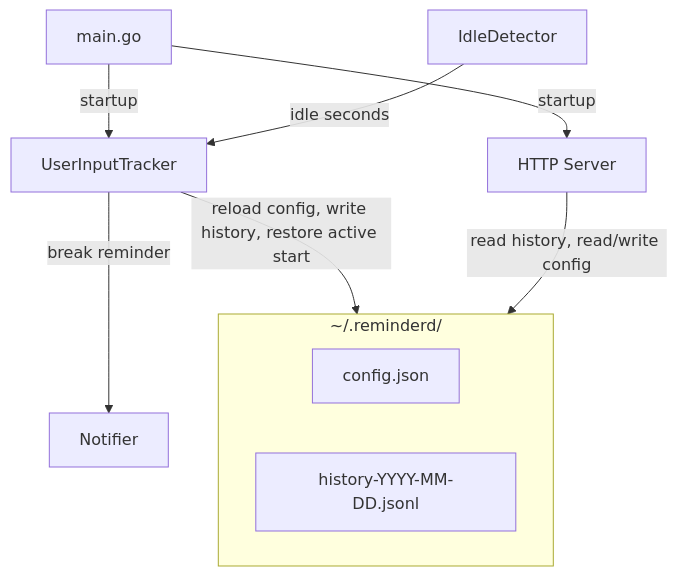
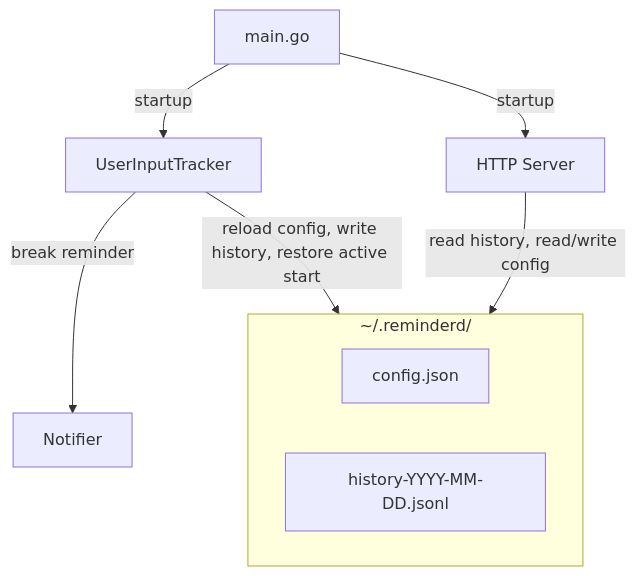
The diagram in README.md (daominah/reminderd), drawn with Mermaid before and after one commit.

Commit message:
remove IdleDetector from design diagram

````diff
--- a/README.md
+++ b/README.md
@@ -73,16 +73,15 @@
 ```mermaid
 graph TD
     K["main.go"] -->|startup| A
     K -->|startup| F
 
-    I[IdleDetector] -->|idle seconds| A
     A[UserInputTracker] -->|reload config, write history, restore active start| S
     A -->|break reminder| N[Notifier]
 
     F[HTTP Server] -->|read history, read/write config| S
 
     subgraph S ["~/.reminderd/"]
         C["config.json"]
         D["history-YYYY-MM-DD.jsonl"]
     end
 ```
````
